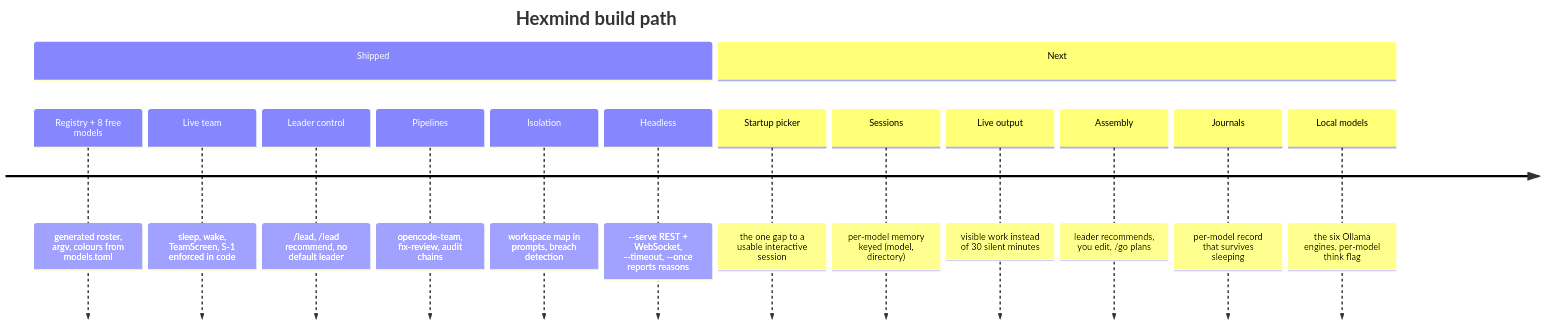
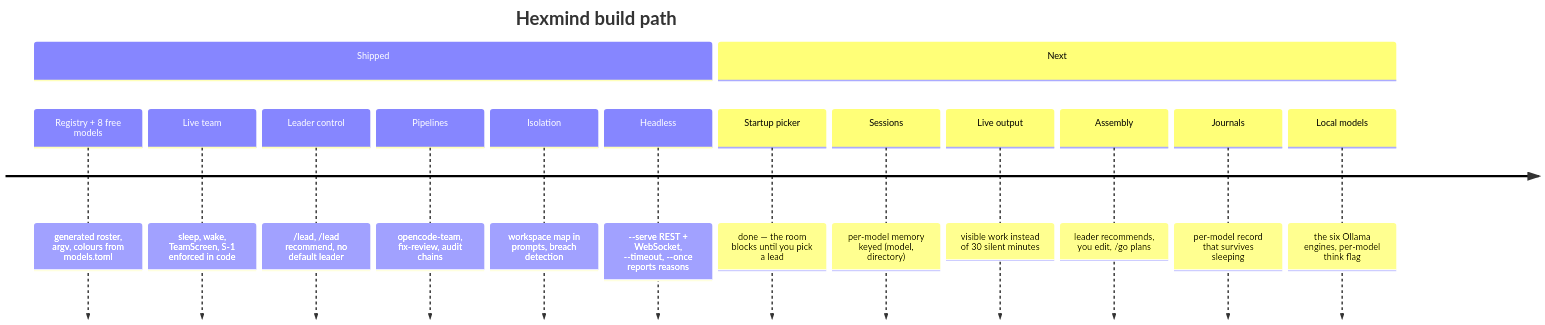
Before and after one commit to DaRipper91/hexmind: the sixth of 6 diagrams in README.md, drawn with Mermaid. The commit also changed other lines of this file and 6 other files, not shown here.

````diff
--- a/README.md
+++ b/README.md
@@ -605,18 +605,18 @@
 ```mermaid
 timeline
     title Hexmind build path
     section Shipped
         Registry + 8 free models : generated roster, argv, colours from models.toml
         Live team : sleep, wake, TeamScreen, S-1 enforced in code
         Leader control : /lead, /lead recommend, no default leader
         Pipelines : opencode-team, fix-review, audit chains
         Isolation : workspace map in prompts, breach detection
         Headless : --serve REST + WebSocket, --timeout, --once reports reasons
     section Next
-        Startup picker : the one gap to a usable interactive session
+        Startup picker : done — the room blocks until you pick a lead
         Sessions : per-model memory keyed (model, directory)
         Live output : visible work instead of 30 silent minutes
         Assembly : leader recommends, you edit, /go plans
         Journals : per-model record that survives sleeping
         Local models : the six Ollama engines, per-model think flag
 ```
````
